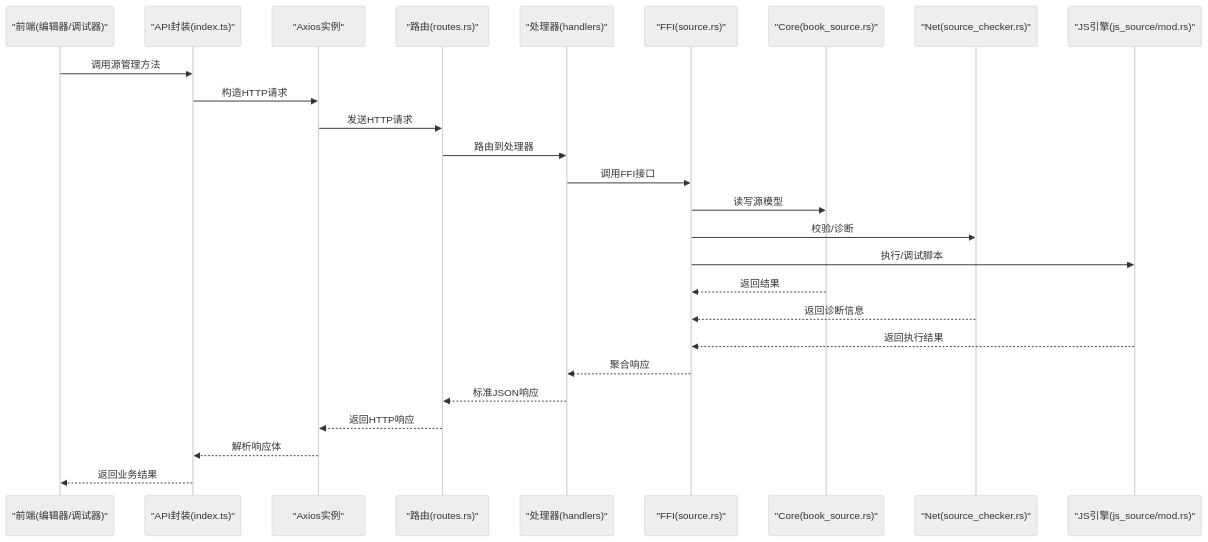
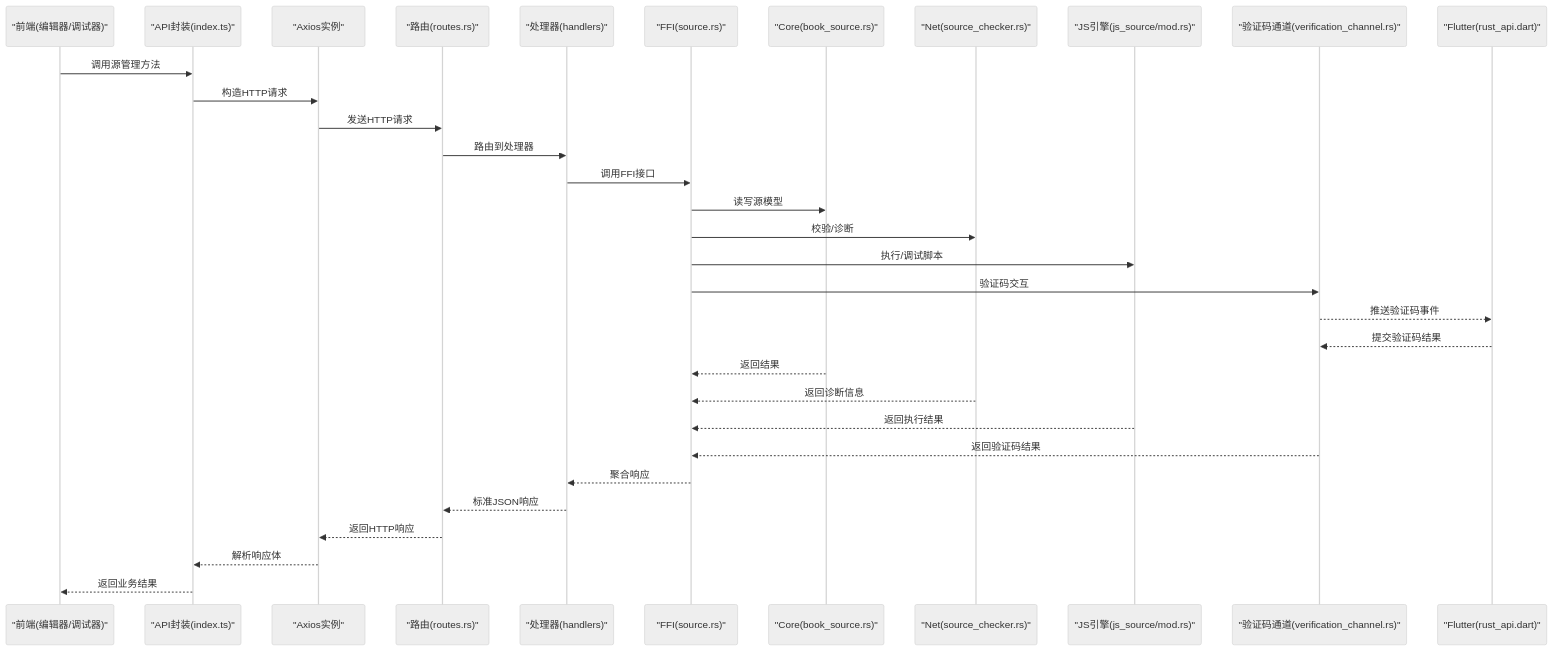
One commit to ZhangGHGitHub/LegadoTeamFlutter changed the second of 5 diagrams in .qoder/repowiki/zh/content/API参考/RESTful API接口/源管理API.md. Above: the diagram before and after it, drawn with Mermaid (neutral theme). The commit also changed other lines of this file and 173 other files, not shown here.

````diff
--- a/.qoder/repowiki/zh/content/API参考/RESTful API接口/源管理API.md
+++ b/.qoder/repowiki/zh/content/API参考/RESTful API接口/源管理API.md
@@ -110,28 +149,34 @@
 ```mermaid
 sequenceDiagram
 participant FE as "前端(编辑器/调试器)"
 participant API as "API封装(index.ts)"
 participant HTTP as "Axios实例"
 participant RT as "路由(routes.rs)"
 participant HD as "处理器(handlers)"
 participant FFI as "FFI(source.rs)"
 participant CORE as "Core(book_source.rs)"
 participant NET as "Net(source_checker.rs)"
 participant JS as "JS引擎(js_source/mod.rs)"
+participant VC as "验证码通道(verification_channel.rs)"
+participant FLUTTER as "Flutter(rust_api.dart)"
 FE->>API : 调用源管理方法
 API->>HTTP : 构造HTTP请求
 HTTP->>RT : 发送HTTP请求
 RT->>HD : 路由到处理器
 HD->>FFI : 调用FFI接口
 FFI->>CORE : 读写源模型
 FFI->>NET : 校验/诊断
 FFI->>JS : 执行/调试脚本
+FFI->>VC : 验证码交互
+VC-->>FLUTTER : 推送验证码事件
+FLUTTER-->>VC : 提交验证码结果
 CORE-->>FFI : 返回结果
 NET-->>FFI : 返回诊断信息
 JS-->>FFI : 返回执行结果
+VC-->>FFI : 返回验证码结果
 FFI-->>HD : 聚合响应
 HD-->>RT : 标准JSON响应
 RT-->>HTTP : 返回HTTP响应
 HTTP-->>API : 解析响应体
 API-->>FE : 返回业务结果
 ```
````
